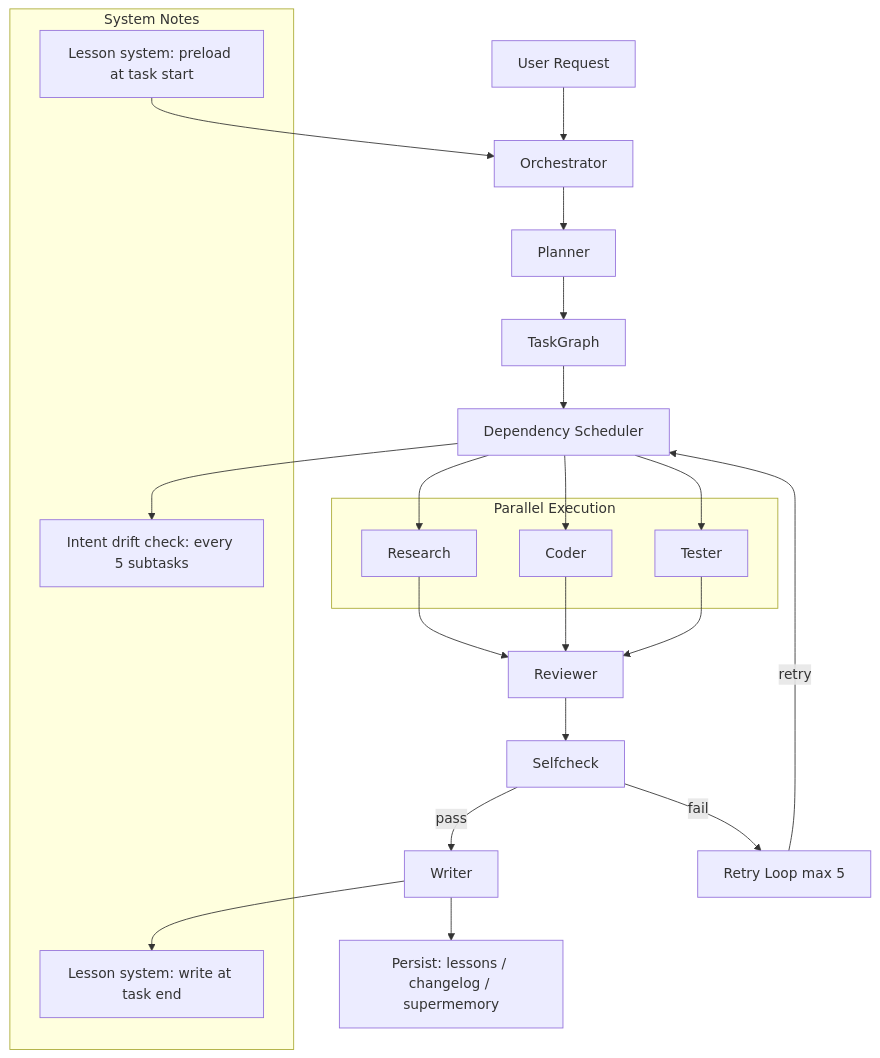
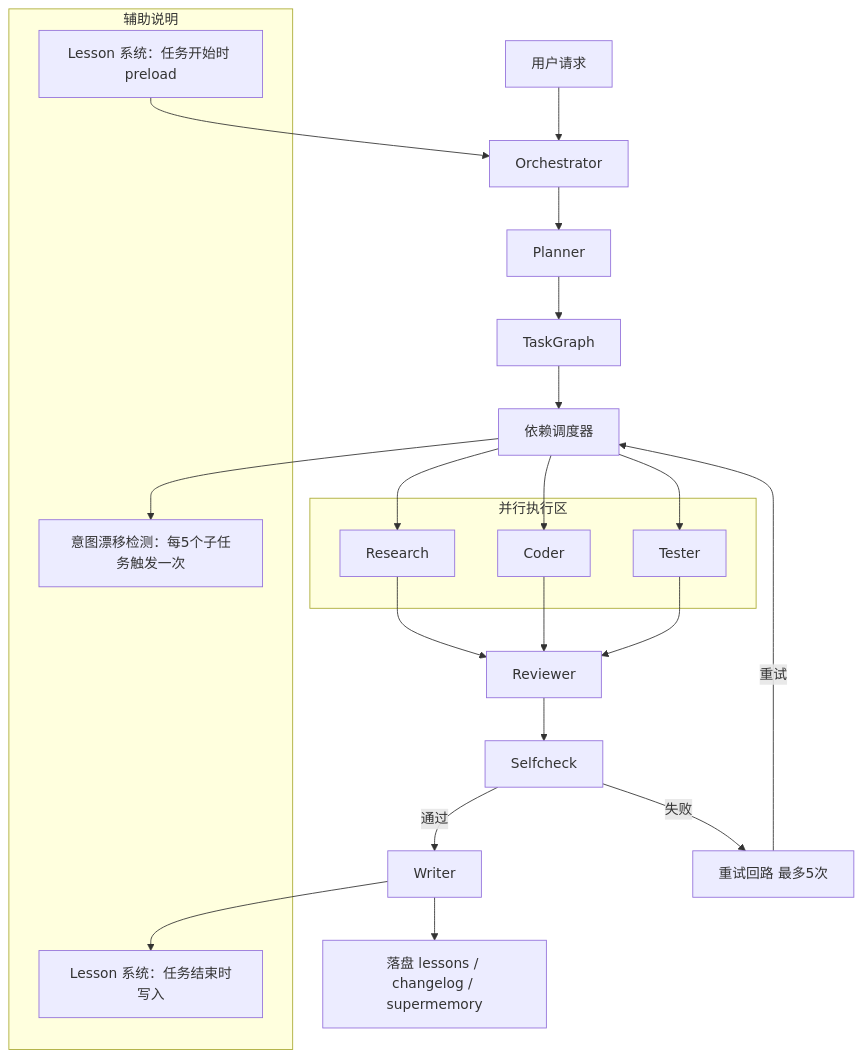
Before and after one commit to Wholiver/codemate: the diagram in README.md, drawn with Mermaid. The commit also changed 1 other file, not shown here.

Commit message:
docs: remove README.zh and localize architecture diagram

````diff
--- a/README.md
+++ b/README.md
@@ -61,38 +61,38 @@
 ```mermaid
 flowchart TD
-  request[User Request] --> orchestrator[Orchestrator]
+  request[用户请求] --> orchestrator[Orchestrator]
   orchestrator --> planner[Planner]
   planner --> task_graph[TaskGraph]
-  task_graph --> scheduler[Dependency Scheduler]
+  task_graph --> scheduler[依赖调度器]
 
-  subgraph parallel[Parallel Execution]
+  subgraph parallel[并行执行区]
     research[Research]
     coder[Coder]
     tester[Tester]
   end
 
   scheduler --> research
   scheduler --> coder
   scheduler --> tester
 
   research --> reviewer[Reviewer]
   coder --> reviewer
   tester --> reviewer
 
   reviewer --> selfcheck[Selfcheck]
-  selfcheck -->|pass| writer[Writer]
-  selfcheck -->|fail| retry_loop[Retry Loop max 5]
-  retry_loop -->|retry| scheduler
+  selfcheck -->|通过| writer[Writer]
+  selfcheck -->|失败| retry_loop[重试回路 最多5次]
+  retry_loop -->|重试| scheduler
 
-  writer --> persistence[Persist: lessons / changelog / supermemory]
+  writer --> persistence[落盘 lessons / changelog / supermemory]
 
-  subgraph notes[System Notes]
-    preload_note[Lesson system: preload at task start]
-    write_note[Lesson system: write at task end]
-    drift_note[Intent drift check: every 5 subtasks]
+  subgraph notes[辅助说明]
+    preload_note[Lesson 系统：任务开始时 preload]
+    write_note[Lesson 系统：任务结束时写入]
+    drift_note[意图漂移检测：每5个子任务触发一次]
   end
 
   preload_note --> orchestrator
   writer --> write_note
   scheduler --> drift_note
 ```
````
